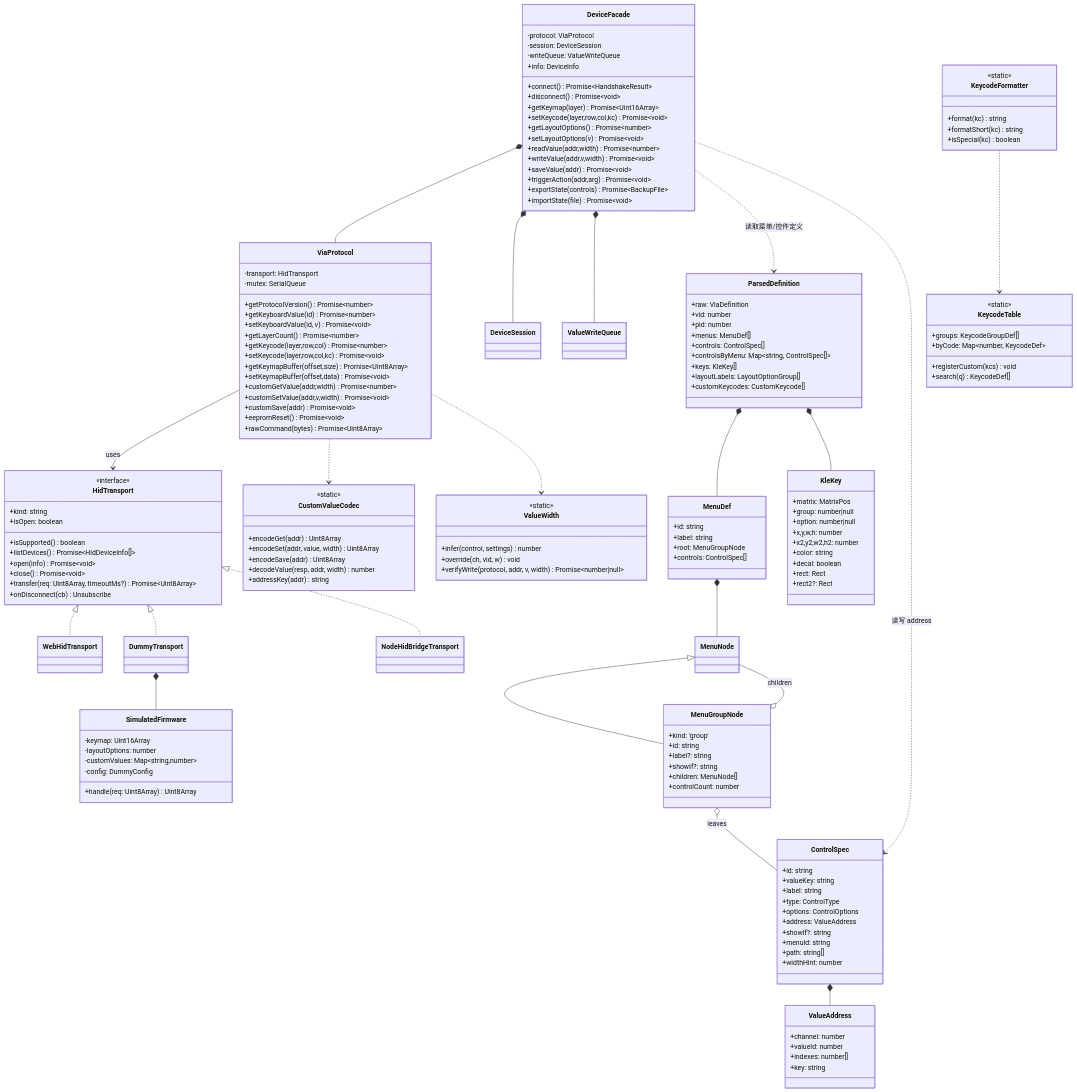
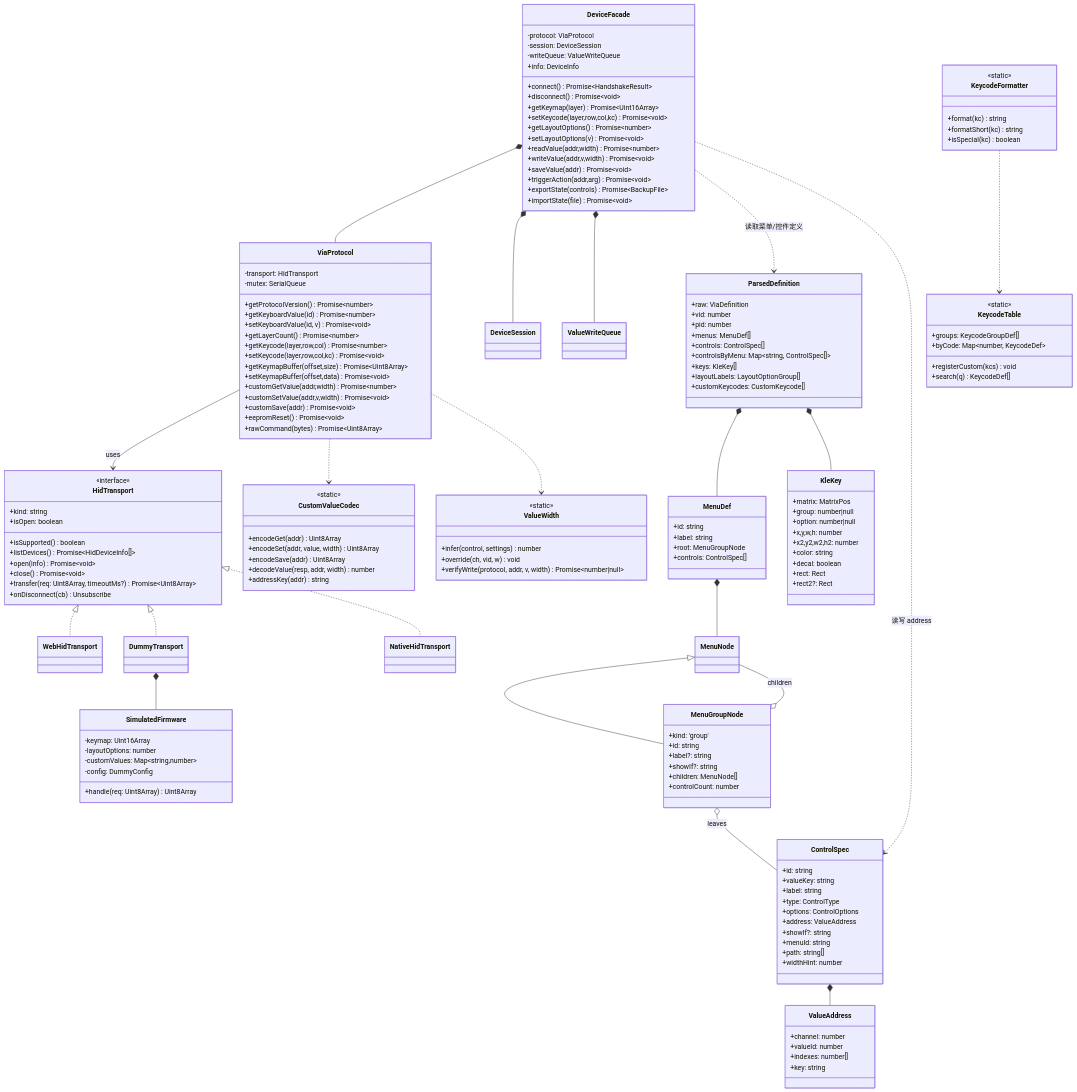
One commit to baoru0908/keydriver changed the second of 6 diagrams in docs/ARCHITECTURE.md. Above: the diagram before and after it, drawn with Mermaid. The commit also changed other lines of this file and 2 other files, not shown here.

```diff
--- a/docs/ARCHITECTURE.md
+++ b/docs/ARCHITECTURE.md
@@ -484,11 +489,11 @@
         -config: DummyConfig
         +handle(req: Uint8Array) Uint8Array
     }
-    class NodeHidBridgeTransport
+    class NativeHidTransport
 
     HidTransport <|.. WebHidTransport
     HidTransport <|.. DummyTransport
-    HidTransport <|.. NodeHidBridgeTransport
+    HidTransport <|.. NativeHidTransport
     DummyTransport *-- SimulatedFirmware
 
     class ViaProtocol {
```
